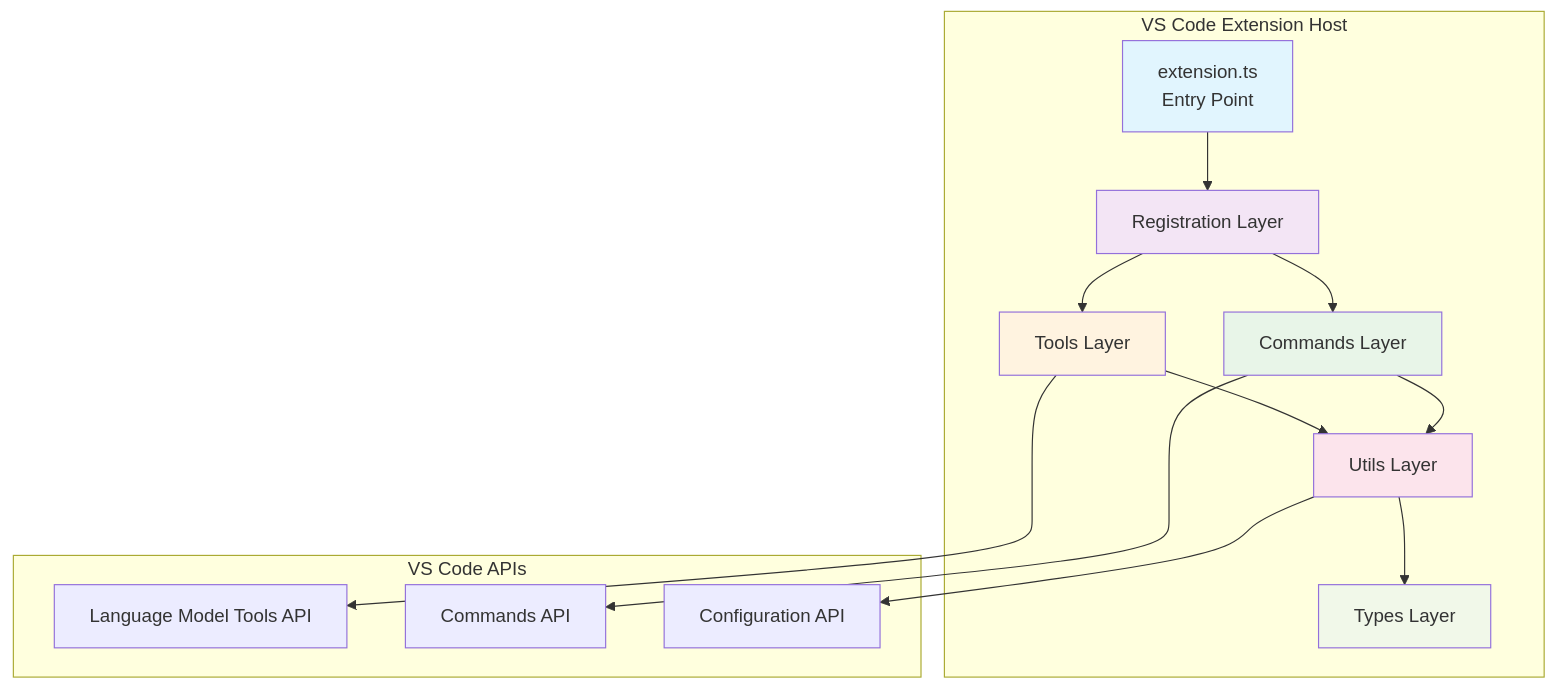
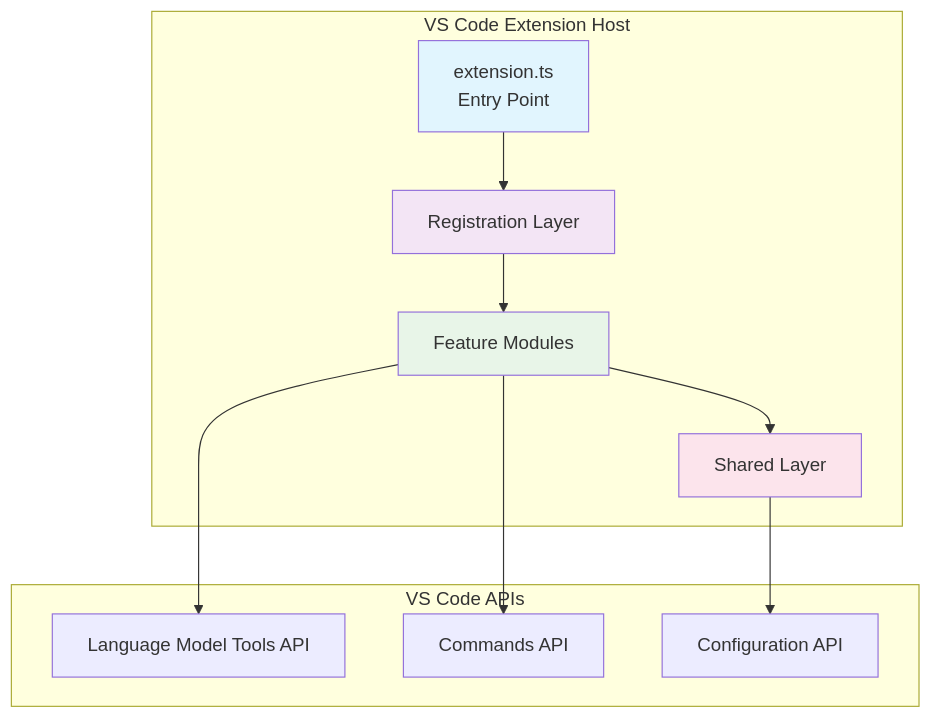
Before and after one commit to Rrayor/ai-watch: the first of 4 diagrams in docs/ARCHITECTURE.md, drawn with Mermaid. The commit also changed other lines of this file and 8 other files, not shown here.

````diff
--- a/docs/ARCHITECTURE.md
+++ b/docs/ARCHITECTURE.md
@@ -11,28 +11,23 @@
 ```mermaid
 graph TB
     subgraph "VS Code Extension Host"
         A[extension.ts<br/>Entry Point] --> B[Registration Layer]
-        B --> C[Commands Layer]
-        B --> D[Tools Layer]
-        C --> E[Utils Layer]
-        D --> E
-        E --> F[Types Layer]
+        B --> C[Feature Modules]
+        C --> D[Shared Layer]
     end
 
     subgraph "VS Code APIs"
-        G[Language Model Tools API]
-        H[Commands API]
-        I[Configuration API]
+        E[Language Model Tools API]
+        F[Commands API]
+        G[Configuration API]
     end
 
+    C --> E
+    C --> F
     D --> G
-    C --> H
-    E --> I
 
     style A fill:#e1f5fe
     style B fill:#f3e5f5
     style C fill:#e8f5e8
-    style D fill:#fff3e0
-    style E fill:#fce4ec
-    style F fill:#f1f8e9
+    style D fill:#fce4ec
 ```
````
